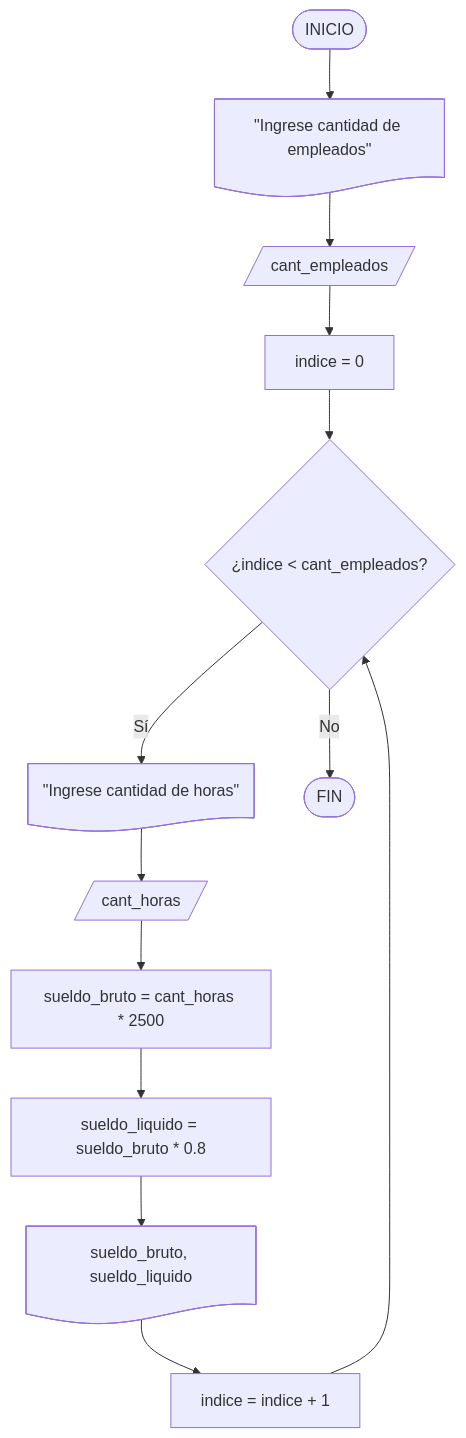
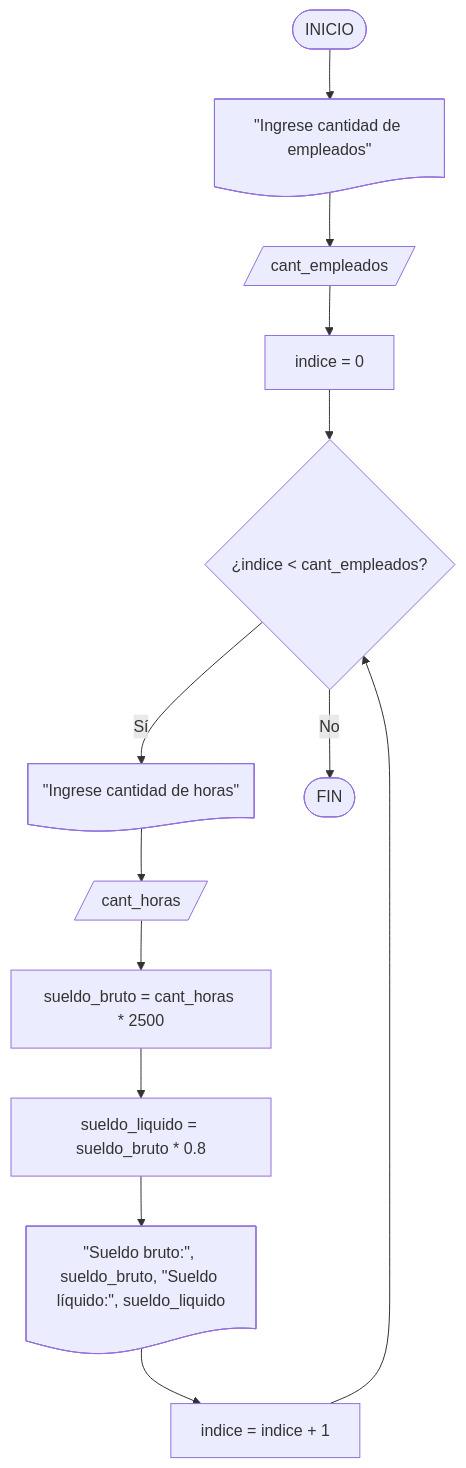
One commit to BenjaminSerrano/principios-programacion changed the tenth of 10 diagrams in docs/core/introduction/flowcharts.md. Above: the diagram before and after it, drawn with Mermaid. The commit also changed other lines of this file and 1 other file, not shown here.

First line of the commit message:
Corregir diagramas de flujo: símbolos y operadores

````diff
--- a/docs/core/introduction/flowcharts.md
+++ b/docs/core/introduction/flowcharts.md
@@ -393,15 +398,15 @@
     ``` mermaid
     flowchart TD
         A([INICIO]) --> B@{ shape: doc, label: "\"Ingrese cantidad de empleados\"" }
         B --> C[/cant_empleados/]
         C --> D["indice = 0"]
         D --> E{"¿indice < cant_empleados?"}
         E -->|Sí| F@{ shape: doc, label: "\"Ingrese cantidad de horas\"" }
         F --> G[/cant_horas/]
         G --> H["sueldo_bruto = cant_horas * 2500"]
         H --> I["sueldo_liquido = sueldo_bruto * 0.8"]
-        I --> J@{ shape: doc, label: "sueldo_bruto, sueldo_liquido" }
+        I --> J@{ shape: doc, label: "\"Sueldo bruto:\", sueldo_bruto, \"Sueldo líquido:\", sueldo_liquido" }
         J --> K["indice = indice + 1"]
         K --> E
         E -->|No| L([FIN])
     ```
````
